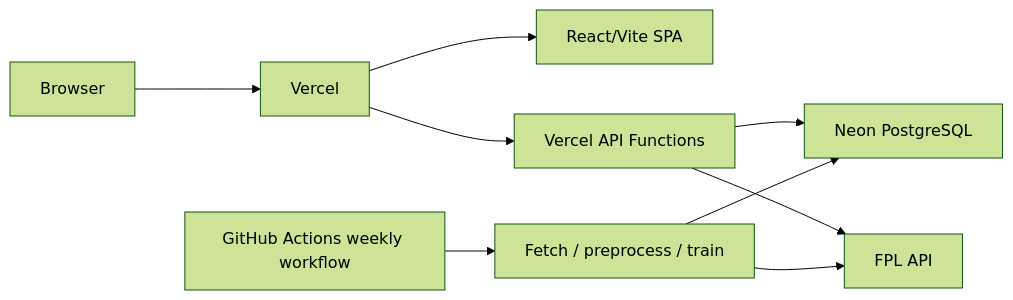
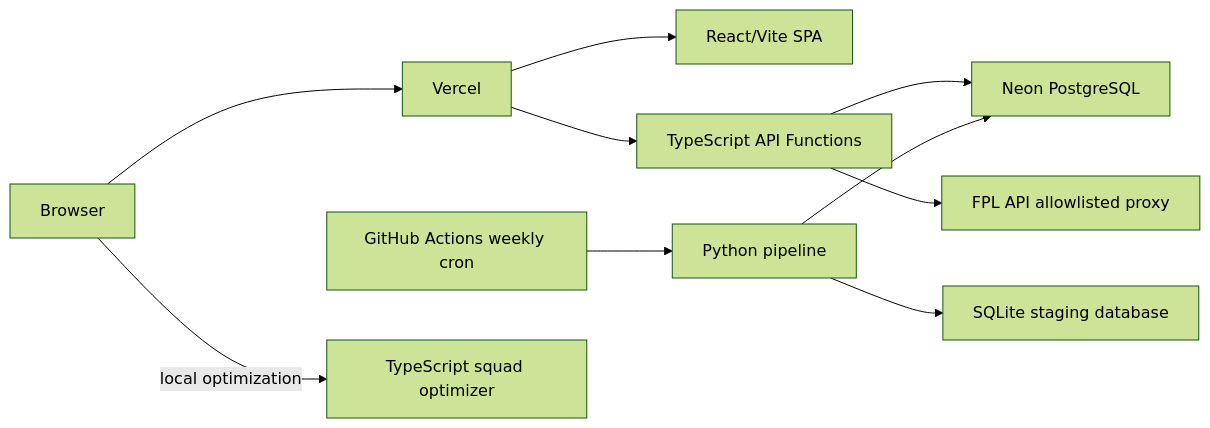
Before and after one commit to vishnuprksh/fplgeek: the diagram in plan.md, drawn with Mermaid (forest theme). The commit also changed other lines of this file and 16 other files, not shown here.

Commit message:
Refactor migration plan for Vercel deployment and Neon integration; add detailed steps for Neon migration, schema validation, and GitHub Actions configuration

````diff
--- a/plan.md
+++ b/plan.md
@@ -15,11 +15,12 @@
 ```mermaid
 flowchart LR
-    Browser --> Vercel[ Vercel ]
-    Vercel --> Frontend[React/Vite SPA]
-    Vercel --> API[Vercel API Functions]
-    API --> Neon[Neon PostgreSQL]
-    API --> FPL[FPL API]
-    Actions[GitHub Actions weekly workflow] --> Pipeline[Fetch / preprocess / train]
-    Pipeline --> Neon
-    Pipeline --> FPL
+        Browser[Browser] --> Vercel[Vercel]
+        Vercel --> SPA[React/Vite SPA]
+        Vercel --> API[TypeScript API Functions]
+        API --> Neon[Neon PostgreSQL]
+        API --> FPL[FPL API allowlisted proxy]
+        Actions[GitHub Actions weekly cron] --> Pipeline[Python pipeline]
+        Pipeline --> Staging[SQLite staging database]
+        Pipeline --> Neon
+        Browser -->|local optimization| Solver[TypeScript squad optimizer]
 ```
````
